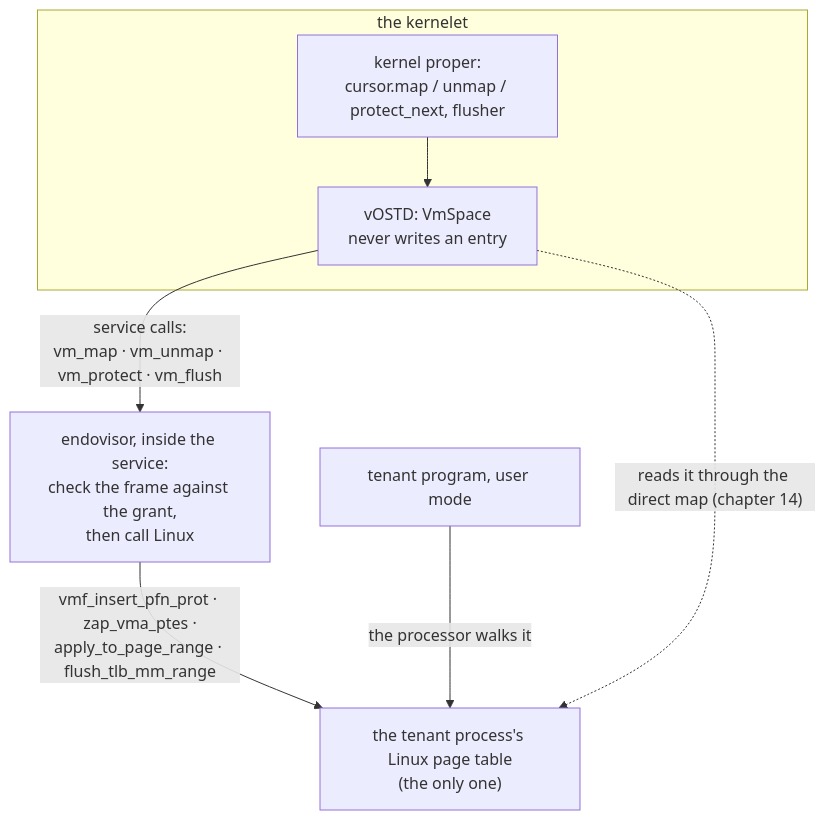
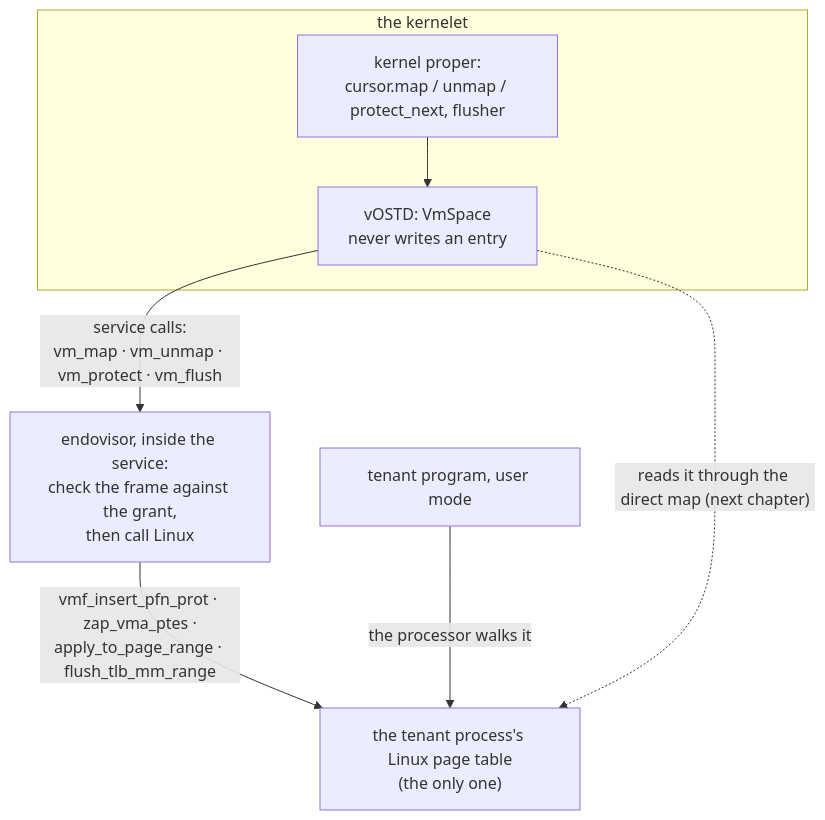
One commit to Plucky923/kernelet changed the first of 2 diagrams in src/tenant-memory-on-linux-page-tables.md. Above: the diagram before and after it, drawn with Mermaid. The commit also changed other lines of this file and 15 other files, not shown here.

````diff
--- a/src/tenant-memory-on-linux-page-tables.md
+++ b/src/tenant-memory-on-linux-page-tables.md
@@ -13,10 +13,10 @@
 ```mermaid
 flowchart TB
     subgraph K["the kernelet"]
         kp["kernel proper:<br/>cursor.map / unmap / protect_next, flusher"] --> v["vOSTD: VmSpace<br/>never writes an entry"]
     end
     v -- "service calls:<br/>vm_map · vm_unmap · vm_protect · vm_flush" --> e["endovisor, inside the service:<br/>check the frame against the grant,<br/>then call Linux"]
     e -- "vmf_insert_pfn_prot · zap_vma_ptes ·<br/>apply_to_page_range · flush_tlb_mm_range" --> pt["the tenant process's Linux page table<br/>(the only one)"]
     u["tenant program, user mode"] -- "the processor walks it" --> pt
-    v -. "reads it through the direct map (chapter 14)" .-> pt
+    v -. "reads it through the direct map (next chapter)" .-> pt
 ```
````
